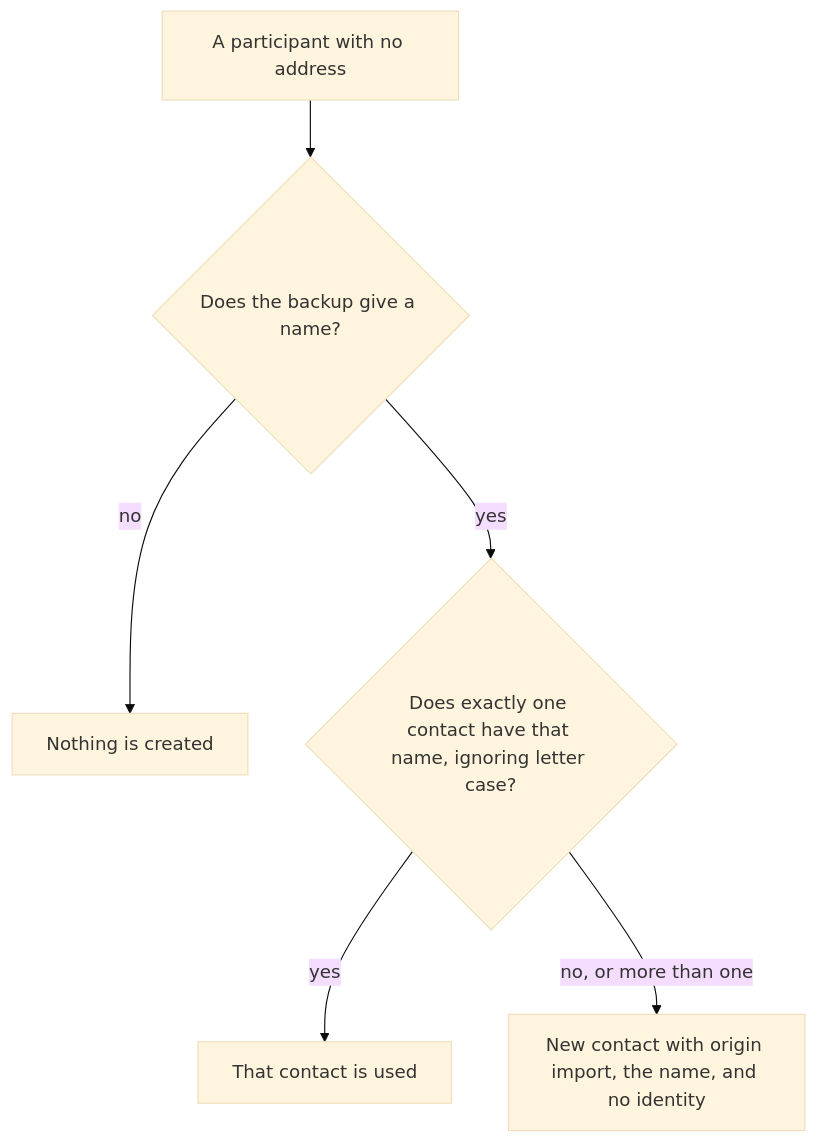
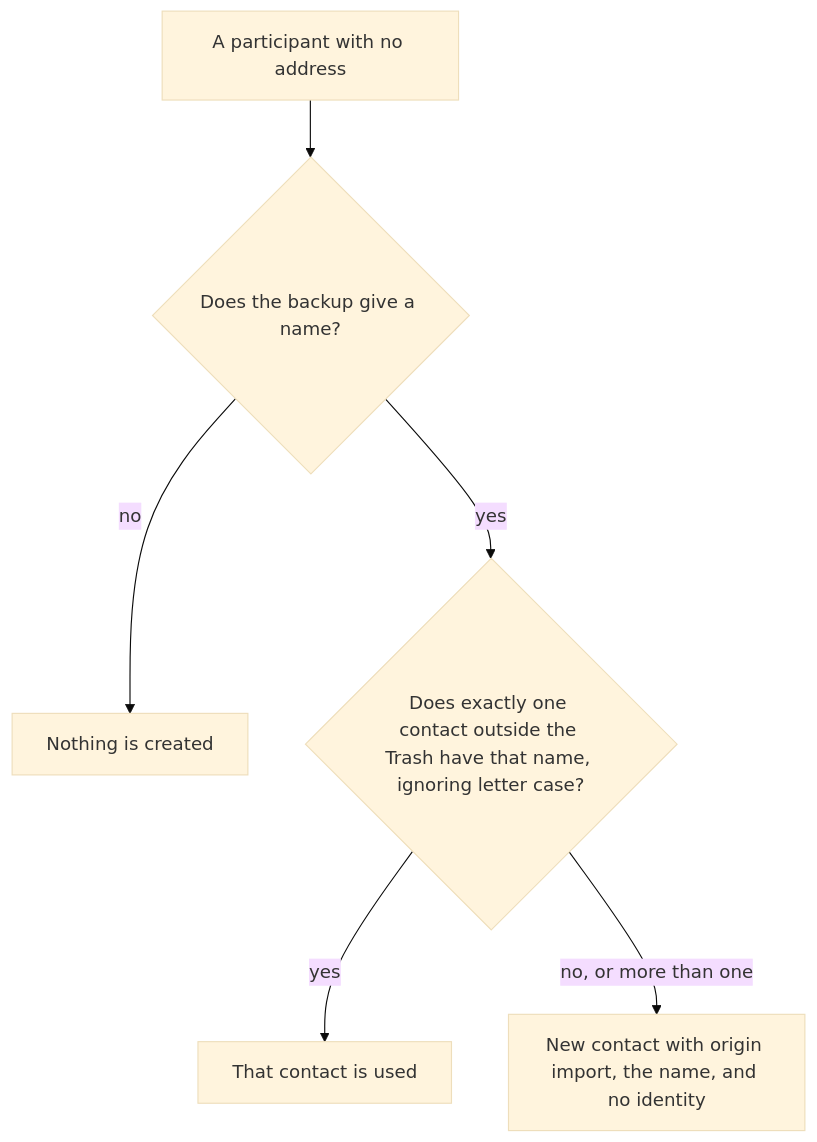
Before and after one commit to bitrealm-io/message-vault: the second of 8 diagrams in docs/architecture/how-contacts-are-made-and-changed.md, drawn with Mermaid (base theme). The commit also changed other lines of this file and 4 other files, not shown here.

First line of the commit message:
fix(server): the import's name lookup leaves out contacts in the Trash (#1311)

````diff
--- a/docs/architecture/how-contacts-are-made-and-changed.md
+++ b/docs/architecture/how-contacts-are-made-and-changed.md
@@ -63,8 +63,8 @@
 ```mermaid
 flowchart TD
   A["A participant with no address"] --> B{"Does the backup give a name?"}
   B -- no --> B1["Nothing is created"]
-  B -- yes --> C{"Does exactly one contact have that name, ignoring letter case?"}
+  B -- yes --> C{"Does exactly one contact outside the Trash have that name, ignoring letter case?"}
   C -- yes --> C1["That contact is used"]
   C -- "no, or more than one" --> C2["New contact with origin import, the name, and no identity"]
 ```
````
